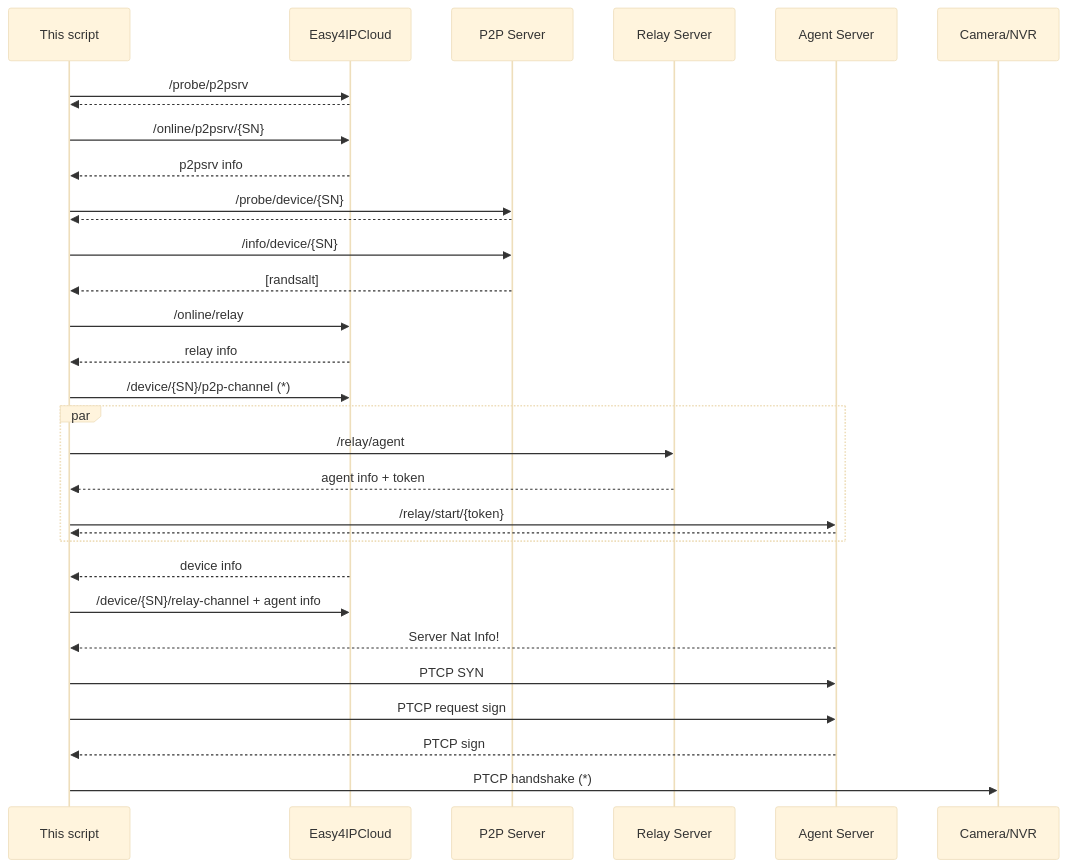
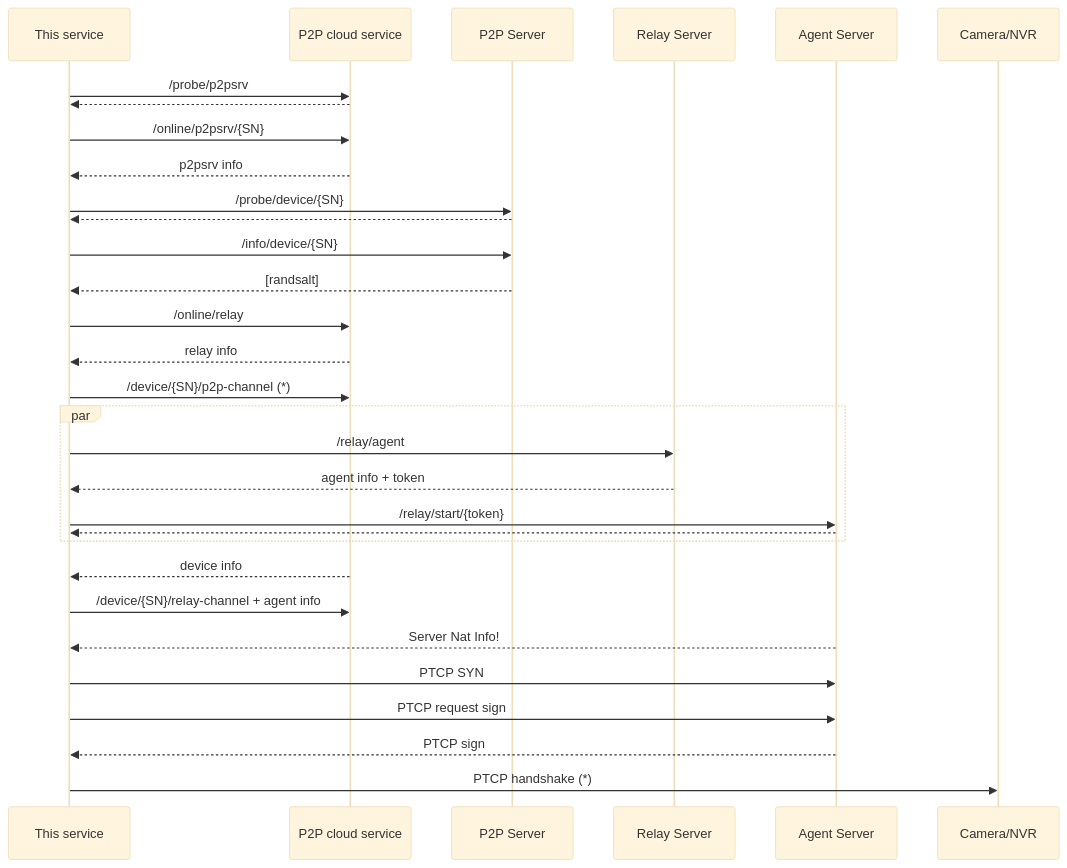
Before and after one commit to aofpichetchai96/dh-p2p: the fourth of 4 diagrams in README.md, drawn with Mermaid (base theme). The commit also changed other lines of this file and 12 other files, not shown here.

````diff
--- a/README.md
+++ b/README.md
@@ -136,43 +308,43 @@
 ```mermaid
 sequenceDiagram
-  participant A as This script
-  participant B as Easy4IPCloud
+  participant A as This service
+  participant B as P2P cloud service
   participant C1 as P2P Server
   participant C2 as Relay Server
   participant C3 as Agent Server
   participant D as Camera/NVR
 
   A->>B: /probe/p2psrv
   B-->>A: ;
   A->>B: /online/p2psrv/{SN}
   B-->>A: p2psrv info
 
   A->>C1: /probe/device/{SN}
   C1-->>A: ;
 
   A->>C1: /info/device/{SN}
   C1-->>A: [randsalt]
 
   A->>B: /online/relay
   B-->>A: relay info
 
   A->>B: /device/{SN}/p2p-channel (*)
 
   par
     A->>C2: /relay/agent
     C2-->>A: agent info + token
     A->>C3: /relay/start/{token}
     C3-->>A: ;
   end
 
   B-->>A: device info
 
   A->>B: /device/{SN}/relay-channel + agent info
 
   C3-->>A: Server Nat Info!
   A->>C3: PTCP SYN
   A->>C3: PTCP request sign
   C3-->>A: PTCP sign
 
   A->>D: PTCP handshake (*)
 ```
````
